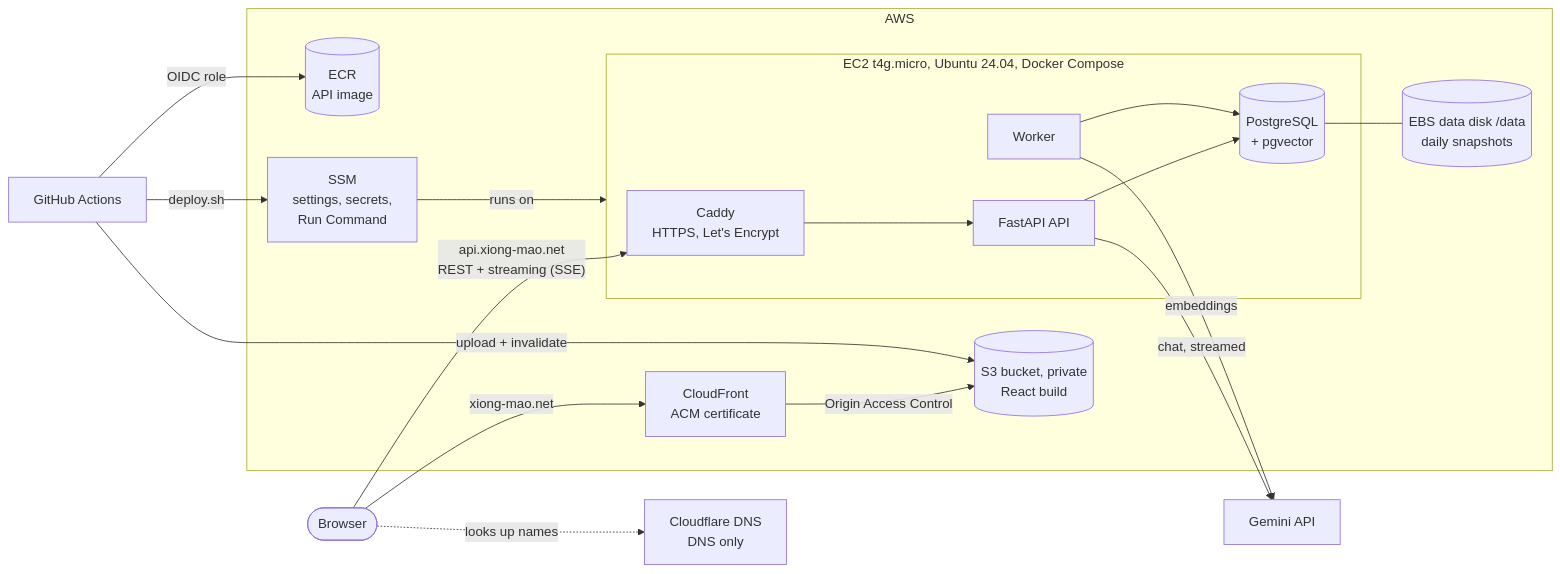
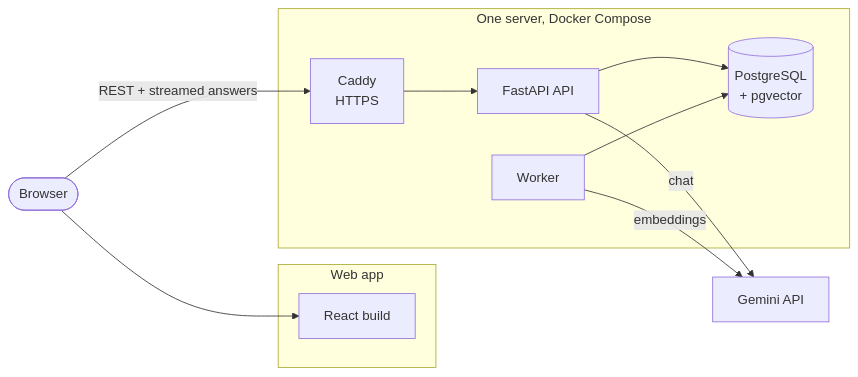
The first of 2 diagrams in README.md (hiimmuc/xiongmao-chat-rag), drawn with Mermaid before and after one commit. The commit also changed other lines of this file and 10 other files, not shown here.

````diff
--- a/README.md
+++ b/README.md
@@ -11,33 +15,21 @@
 ```mermaid
 flowchart LR
-    browser([Browser])
-    dns[Cloudflare DNS<br/>DNS only]
-    browser -. looks up names .-> dns
-
-    subgraph aws[AWS]
-        cf[CloudFront<br/>ACM certificate]
-        s3[(S3 bucket, private<br/>React build)]
-        subgraph ec2[EC2 t4g.micro, Ubuntu 24.04, Docker Compose]
-            caddy[Caddy<br/>HTTPS, Let's Encrypt]
-            api[FastAPI API]
-            worker[Worker]
-            db[(PostgreSQL<br/>+ pgvector)]
-        end
-        disk[(EBS data disk /data<br/>daily snapshots)]
-        ecr[(ECR<br/>API image)]
-        ssm[SSM<br/>settings, secrets,<br/>Run Command]
+    user([Browser])
+    subgraph web[Web app]
+        react[React build]
+    end
+    subgraph server[One server, Docker Compose]
+        caddy[Caddy<br/>HTTPS]
+        api[FastAPI API]
+        worker[Worker]
+        db[(PostgreSQL<br/>+ pgvector)]
     end
     gemini[Gemini API]
-    gh[GitHub Actions]
 
-    browser -- "xiong-mao.net" --> cf -- "Origin Access Control" --> s3
-    browser -- "api.xiong-mao.net<br/>REST + streaming (SSE)" --> caddy --> api
+    user --> react
+    user -- "REST + streamed answers" --> caddy --> api
     api --> db
     worker --> db
-    db --- disk
-    api -- "chat, streamed" --> gemini
-    worker -- "embeddings" --> gemini
-    gh -- "OIDC role" --> ecr
-    gh -- "deploy.sh" --> ssm -- "runs on" --> ec2
-    gh -- "upload + invalidate" --> s3
+    api -- chat --> gemini
+    worker -- embeddings --> gemini
 ```
````
